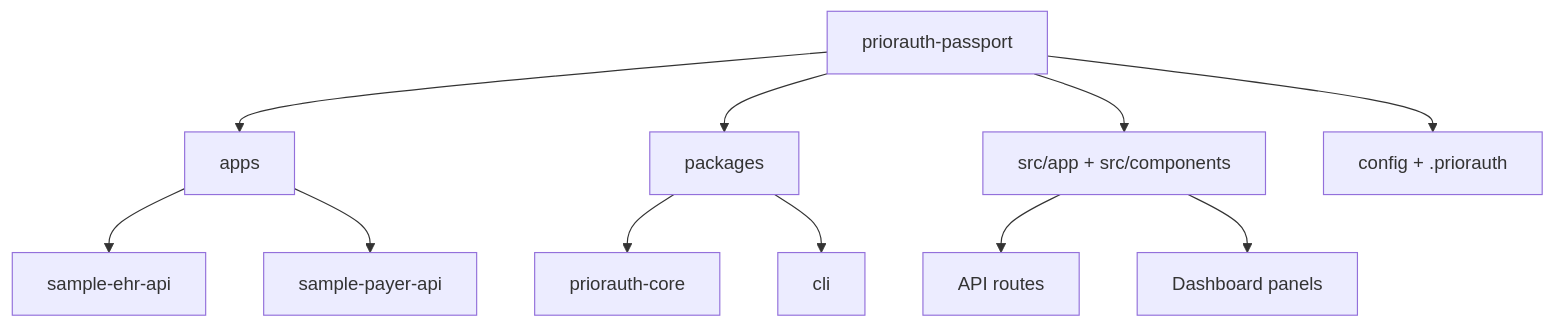
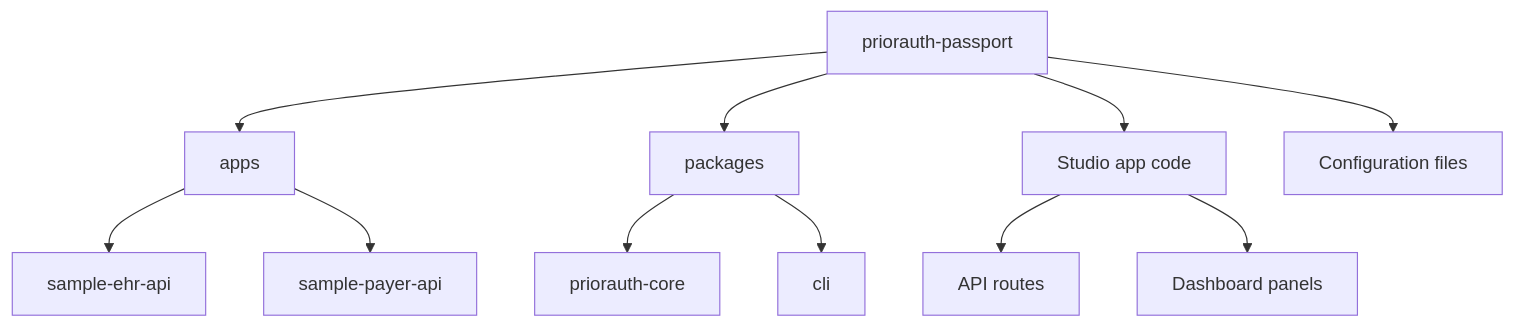
The second of 6 diagrams in docs/architecture.md (roshaninfordham/healthagentpassport), drawn with Mermaid before and after one commit. The commit also changed other lines of this file and 14 other files, not shown here.

Commit message:
Fix GitHub diagrams and simplify landing page

````diff
--- a/docs/architecture.md
+++ b/docs/architecture.md
@@ -29,13 +29,13 @@
 ```mermaid
 flowchart TD
-  Repo[priorauth-passport] --> Apps[apps]
-  Repo --> Packages[packages]
-  Repo --> Studio[src/app + src/components]
-  Repo --> Config[config + .priorauth]
-  Apps --> EHR[sample-ehr-api]
-  Apps --> Payer[sample-payer-api]
-  Packages --> Core[priorauth-core]
-  Packages --> Cli[cli]
-  Studio --> Routes[API routes]
-  Studio --> UI[Dashboard panels]
+  Repo["priorauth-passport"] --> Apps["apps"]
+  Repo --> Packages["packages"]
+  Repo --> StudioCode["Studio app code"]
+  Repo --> ConfigDir["Configuration files"]
+  Apps --> EHR["sample-ehr-api"]
+  Apps --> Payer["sample-payer-api"]
+  Packages --> Core["priorauth-core"]
+  Packages --> Cli["cli"]
+  StudioCode --> Routes["API routes"]
+  StudioCode --> UI["Dashboard panels"]
 ```
````
